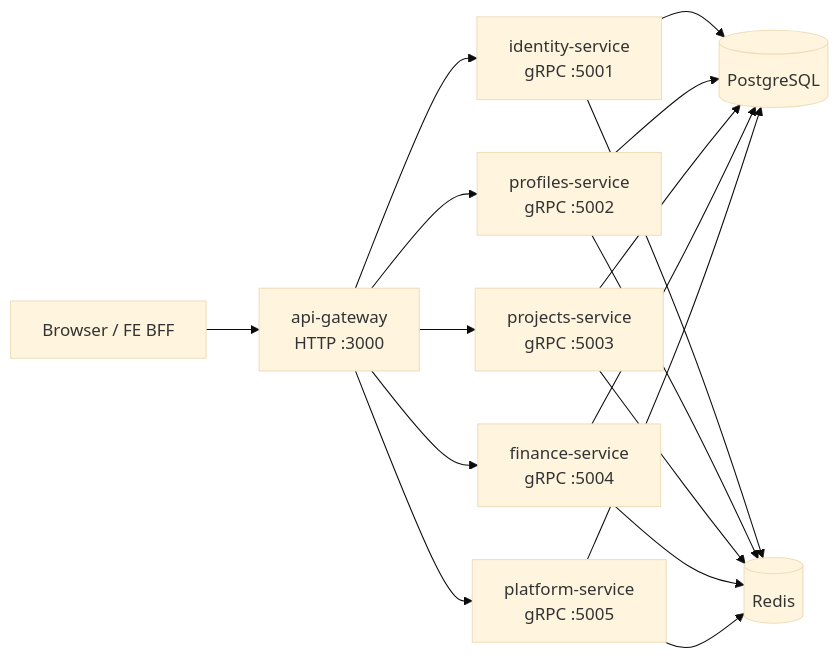
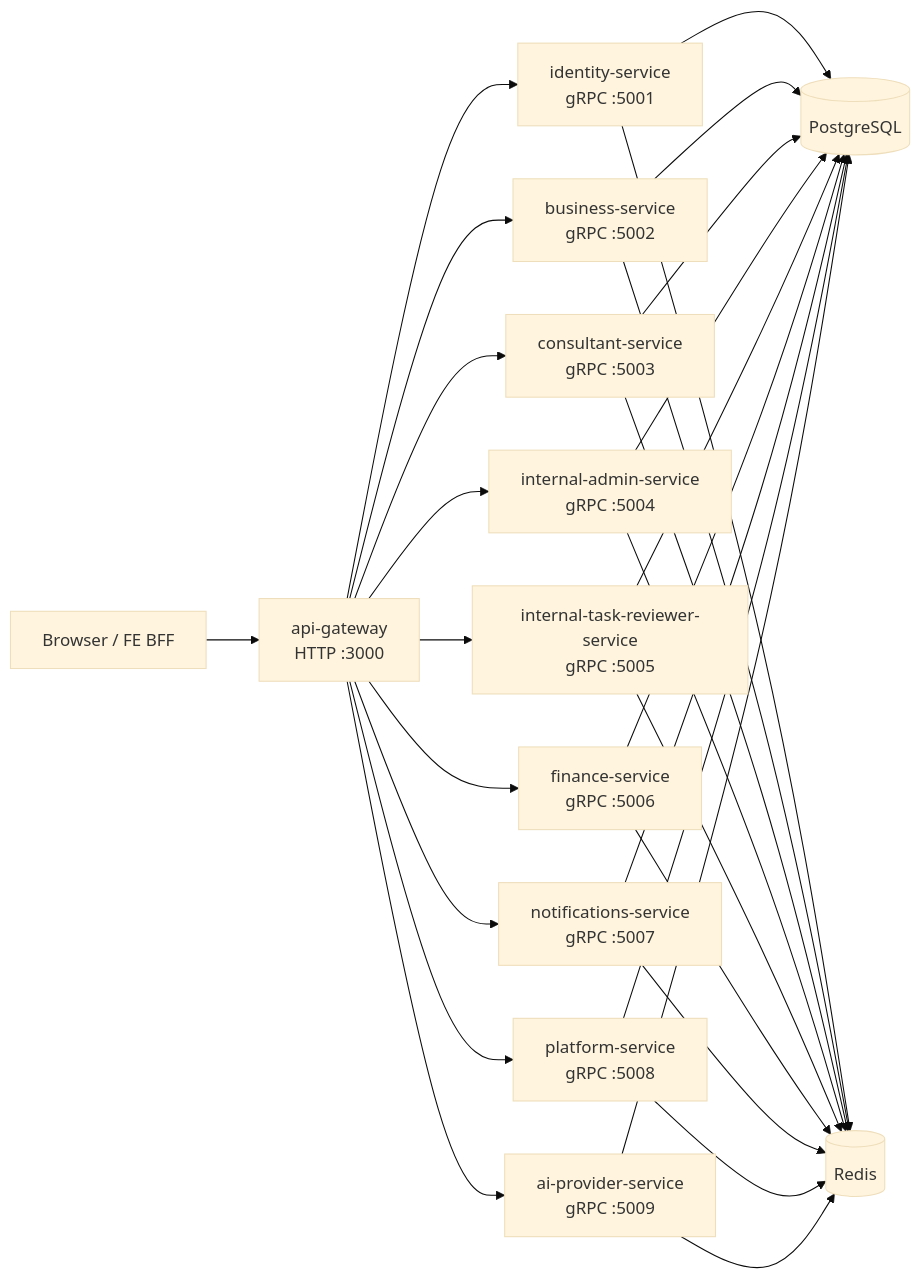
The diagram in README.md (PLYS-NETWORK/plys-internal-hub-service-api), drawn with Mermaid (base theme) before and after one commit. The commit also changed other lines of this file and 1610 other files, not shown here.

````diff
--- a/README.md
+++ b/README.md
@@ -43,19 +43,31 @@
 ```mermaid
 flowchart LR
   Client[Browser / FE BFF] --> Gateway[api-gateway<br/>HTTP :3000]
   Gateway --> Identity[identity-service<br/>gRPC :5001]
-  Gateway --> Profiles[profiles-service<br/>gRPC :5002]
-  Gateway --> Projects[projects-service<br/>gRPC :5003]
-  Gateway --> Finance[finance-service<br/>gRPC :5004]
-  Gateway --> Platform[platform-service<br/>gRPC :5005]
+  Gateway --> Business[business-service<br/>gRPC :5002]
+  Gateway --> Consultant[consultant-service<br/>gRPC :5003]
+  Gateway --> Admin[internal-admin-service<br/>gRPC :5004]
+  Gateway --> Reviewer[internal-task-reviewer-service<br/>gRPC :5005]
+  Gateway --> Finance[finance-service<br/>gRPC :5006]
+  Gateway --> Notifications[notifications-service<br/>gRPC :5007]
+  Gateway --> Platform[platform-service<br/>gRPC :5008]
+  Gateway --> AI[ai-provider-service<br/>gRPC :5009]
   Identity --> PG[(PostgreSQL)]
-  Profiles --> PG
-  Projects --> PG
+  Business --> PG
+  Consultant --> PG
+  Admin --> PG
+  Reviewer --> PG
   Finance --> PG
+  Notifications --> PG
   Platform --> PG
+  AI --> PG
   Identity --> Redis[(Redis)]
-  Profiles --> Redis
-  Projects --> Redis
+  Business --> Redis
+  Consultant --> Redis
+  Admin --> Redis
+  Reviewer --> Redis
   Finance --> Redis
+  Notifications --> Redis
   Platform --> Redis
+  AI --> Redis
 ```
````
